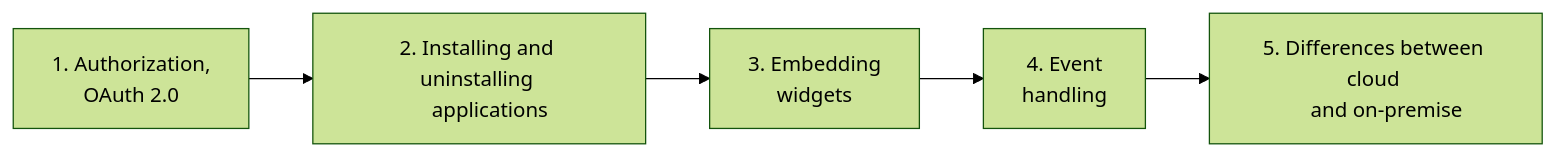
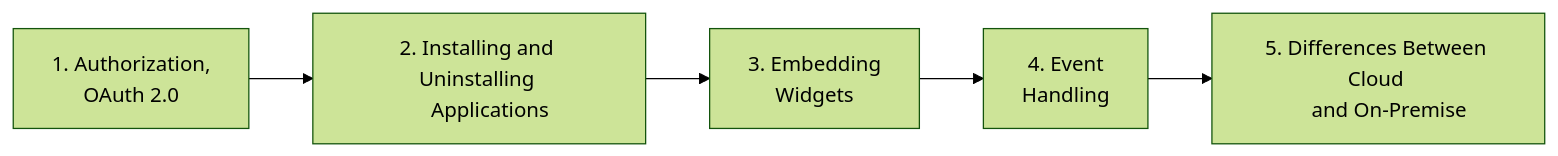
The diagram in api-reference/index.md (bitrix24/b24restdocs), drawn with Mermaid before and after one commit. The commit also changed other lines of this file and 86 other files, not shown here.

````diff
--- a/api-reference/index.md
+++ b/api-reference/index.md
@@ -9,18 +9,18 @@
 ```mermaid
 %%{init: { "theme": "forest" } }%%
 flowchart LR
     1[1. Authorization, 
     OAuth 2.0]
-    2[2. Installing and uninstalling 
-    applications]
+    2[2. Installing and Uninstalling 
+    Applications]
     3[3. Embedding 
-    widgets]
+    Widgets]
     4[4. Event 
-    handling]
-    5[5. Differences between cloud 
-    and on-premise]
+    Handling]
+    5[5. Differences Between Cloud 
+    and On-Premise]
     1 --> 2
     2 --> 3
     3 --> 4
     4 --> 5
 ```
````
